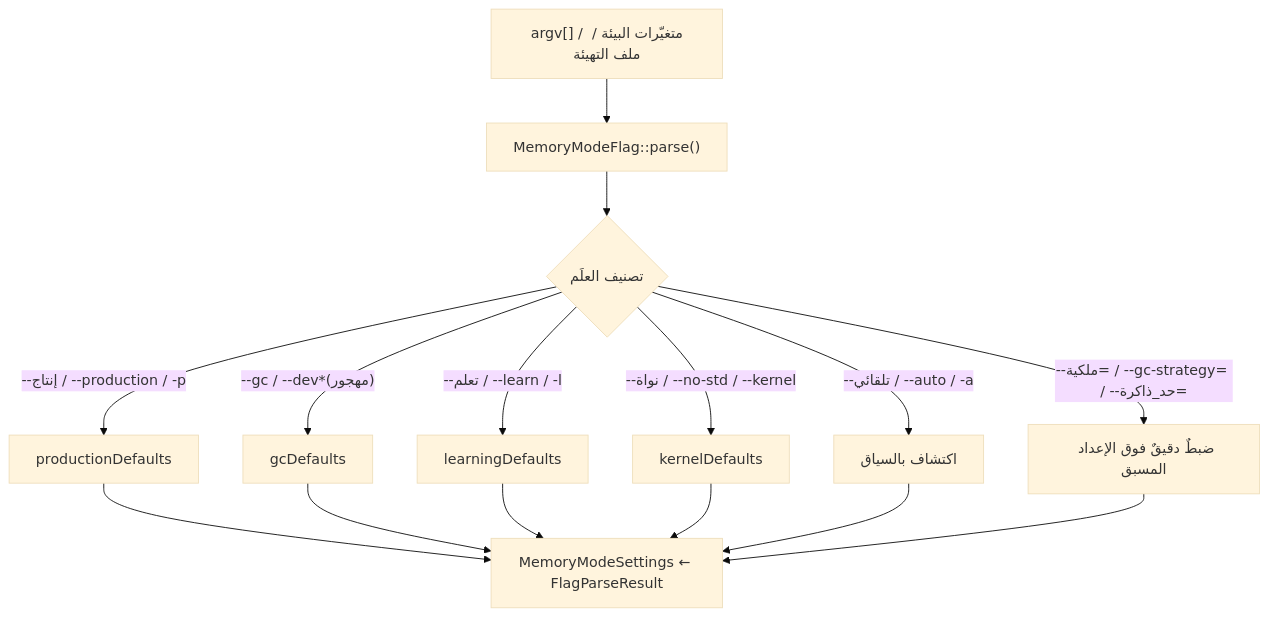
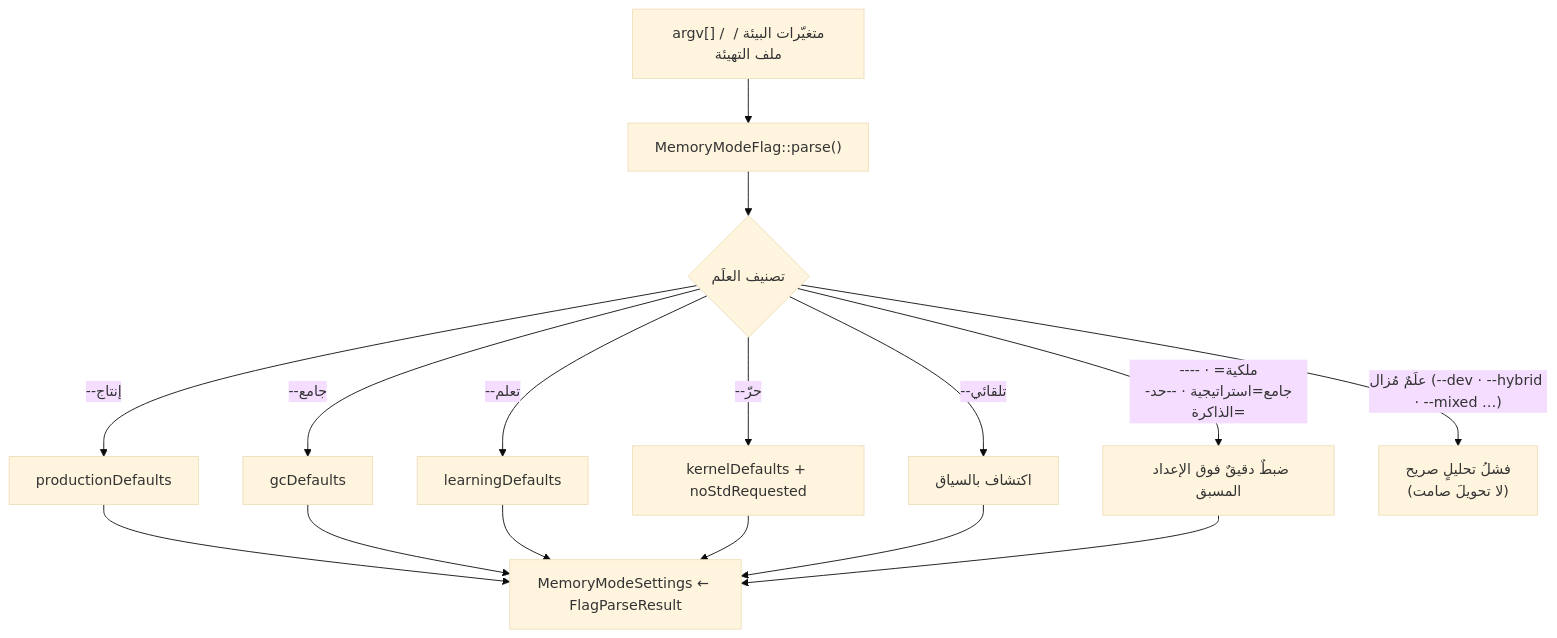
One commit to sadlang/dev-guide changed the third of 4 diagrams in src/systems/memory.md. Above: the diagram before and after it, drawn with Mermaid (base theme). The commit also changed other lines of this file and 13 other files, not shown here.

````diff
--- a/src/systems/memory.md
+++ b/src/systems/memory.md
@@ -87,12 +96,13 @@
 ```mermaid
 flowchart TD
   ARGV["argv[] / متغيّرات البيئة / ملف التهيئة"] --> PARSE["MemoryModeFlag::parse()"]
   PARSE --> H{"تصنيف العلَم"}
-  H -->|"--إنتاج / --production / -p"| PROD["productionDefaults"]
-  H -->|"--gc / --dev*(مهجور)"| GCD["gcDefaults"]
-  H -->|"--تعلم / --learn / -l"| LRN["learningDefaults"]
-  H -->|"--نواة / --no-std / --kernel"| KRN["kernelDefaults"]
-  H -->|"--تلقائي / --auto / -a"| AUTO["اكتشاف بالسياق"]
-  H -->|"--ملكية= / --gc-strategy= / --حد_ذاكرة="| TUNE["ضبطٌ دقيقٌ فوق الإعداد المسبق"]
+  H -->|"--إنتاج"| PROD["productionDefaults"]
+  H -->|"--جامع"| GCD["gcDefaults"]
+  H -->|"--تعلم"| LRN["learningDefaults"]
+  H -->|"--حرّ"| KRN["kernelDefaults + noStdRequested"]
+  H -->|"--تلقائي"| AUTO["اكتشاف بالسياق"]
+  H -->|"--ملكية= · --جامع=استراتيجية · --حد-الذاكرة="| TUNE["ضبطٌ دقيقٌ فوق الإعداد المسبق"]
+  H -->|"علَمٌ مُزال (--dev · --hybrid · --mixed …)"| REJ["فشلُ تحليلٍ صريح<br/>(لا تحويلَ صامت)"]
   PROD & GCD & LRN & KRN & AUTO & TUNE --> OUT["MemoryModeSettings ← FlagParseResult"]
 ```
````
